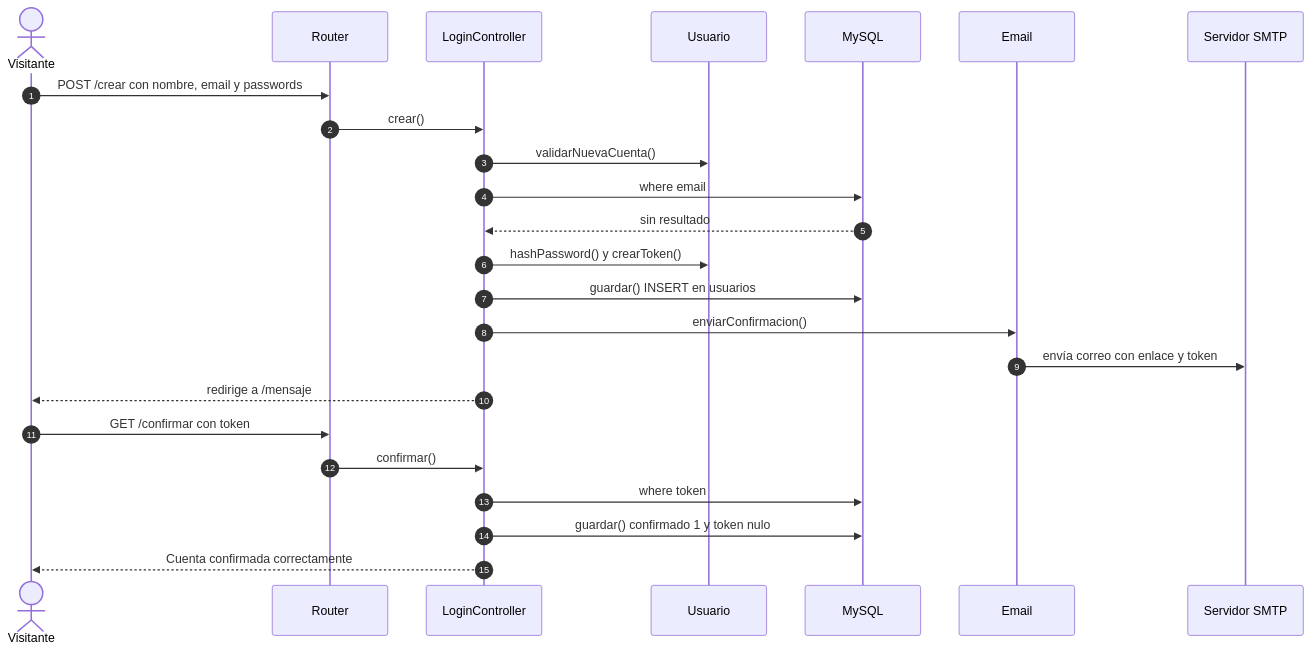
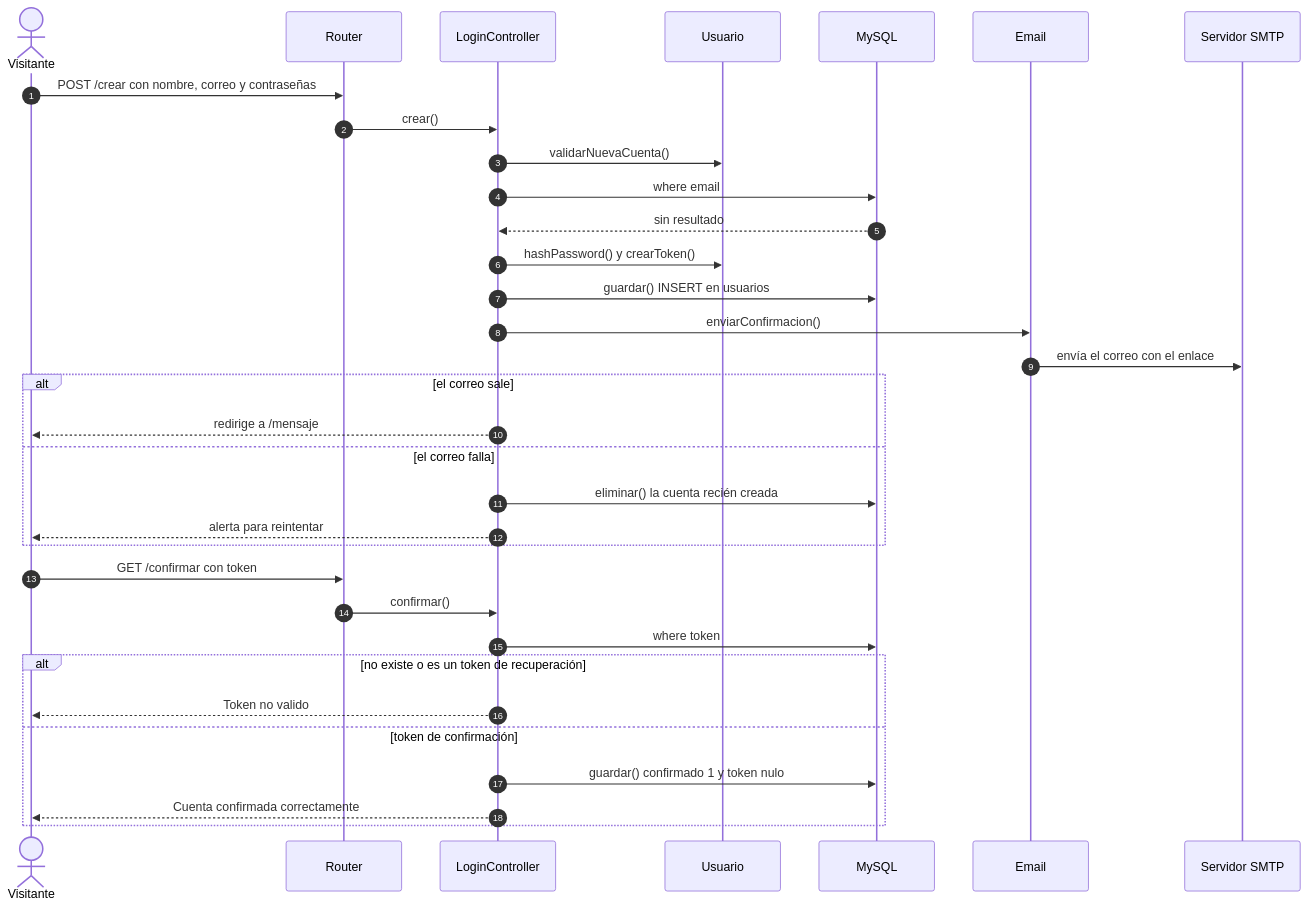
Before and after one commit to JCChoqueM/Santi-Task: the sixth of 14 diagrams in docs_santitask.md, drawn with Mermaid. The commit also changed other lines of this file, not shown here.

Commit message:
Paso 10a: secciones 3 y 4 de docs_santitask.md alineadas con ClaudeTask (roles, partes, vinculos, API)

````diff
--- a/docs_santitask.md
+++ b/docs_santitask.md
@@ -387,27 +526,36 @@
 ```mermaid
 sequenceDiagram
     autonumber
     actor V as Visitante
     participant R as Router
     participant L as LoginController
     participant U as Usuario
     participant DB as MySQL
     participant E as Email
     participant S as Servidor SMTP
 
-    V->>R: POST /crear con nombre, email y passwords
+    V->>R: POST /crear con nombre, correo y contraseñas
     R->>L: crear()
     L->>U: validarNuevaCuenta()
     L->>DB: where email
     DB-->>L: sin resultado
     L->>U: hashPassword() y crearToken()
     L->>DB: guardar() INSERT en usuarios
     L->>E: enviarConfirmacion()
-    E->>S: envía correo con enlace y token
-    L-->>V: redirige a /mensaje
+    E->>S: envía el correo con el enlace
+    alt el correo sale
+        L-->>V: redirige a /mensaje
+    else el correo falla
+        L->>DB: eliminar() la cuenta recién creada
+        L-->>V: alerta para reintentar
+    end
     V->>R: GET /confirmar con token
     R->>L: confirmar()
     L->>DB: where token
-    L->>DB: guardar() confirmado 1 y token nulo
-    L-->>V: Cuenta confirmada correctamente
+    alt no existe o es un token de recuperación
+        L-->>V: Token no valido
+    else token de confirmación
+        L->>DB: guardar() confirmado 1 y token nulo
+        L-->>V: Cuenta confirmada correctamente
+    end
 ```
````
